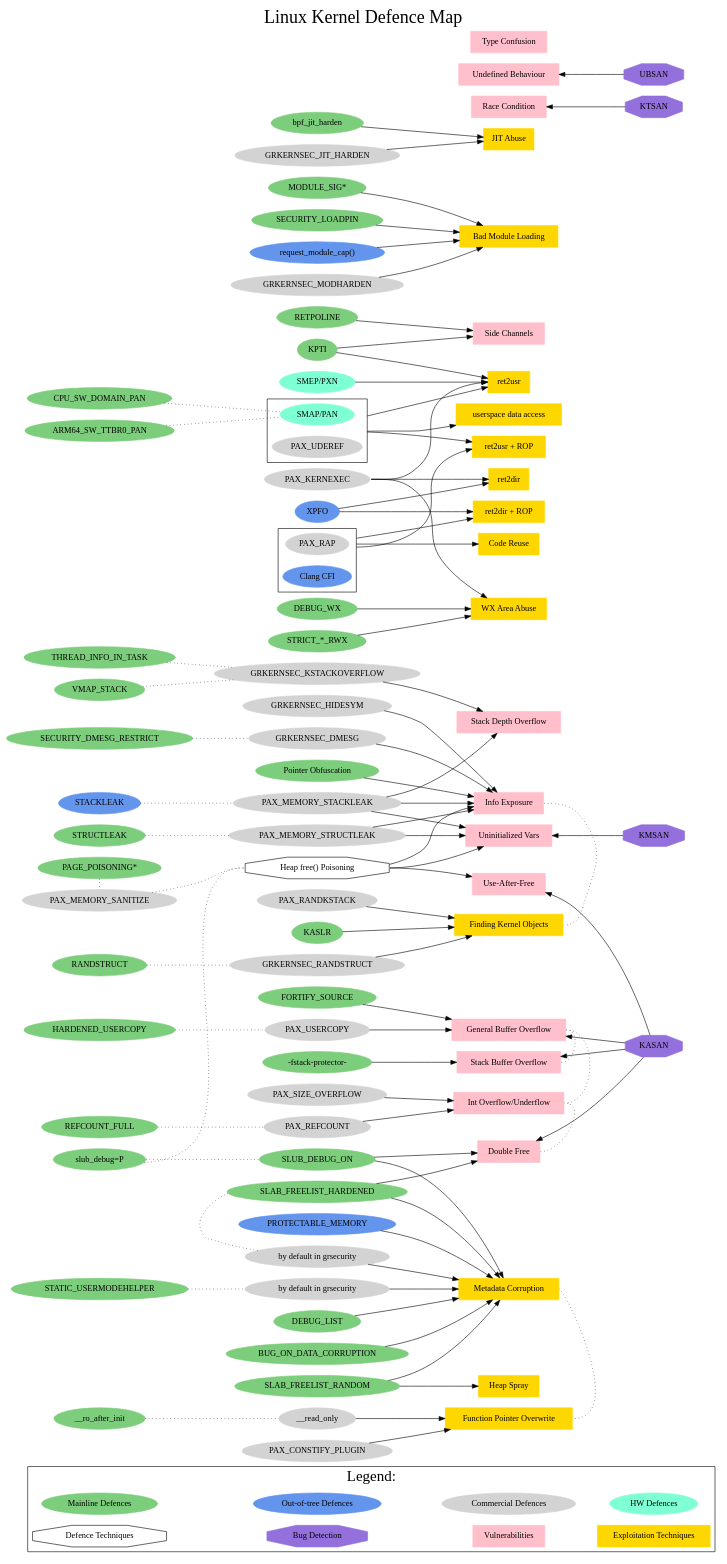
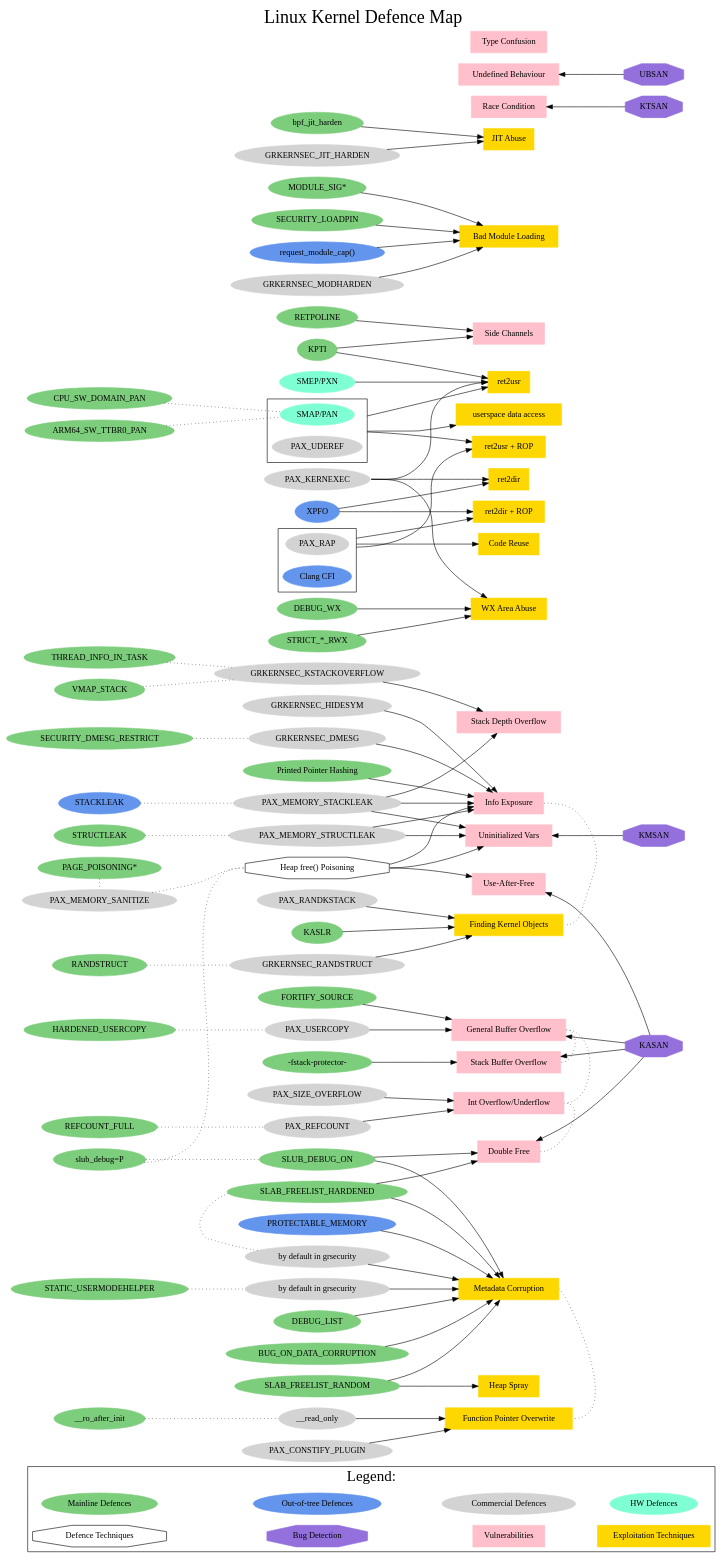
One commit to a13xp0p0v/linux-kernel-defence-map changed the diagram in linux-kernel-defence-map.dot. Above: the diagram before and after it, drawn with Graphviz.

Commit message:
Rename "Pointer Obfuscation" into "Printed Pointer Hashing"

```diff
--- a/linux-kernel-defence-map.dot
+++ b/linux-kernel-defence-map.dot
@@ -76,7 +76,7 @@
     "SLAB_FREELIST_HARDENED";
     "KPTI";
     "SLAB_FREELIST_RANDOM";
-    "Pointer Obfuscation";
+    "Printed Pointer Hashing";
     "KASLR";
     "STRICT_*_RWX";
     "DEBUG_WX";
@@ -269,7 +269,7 @@
 
   "PAX_MEMORY_STACKLEAK" -> "Info Exposure";
   "GRKERNSEC_HIDESYM" -> "Info Exposure";
-  "Pointer Obfuscation" -> "Info Exposure";
+  "Printed Pointer Hashing" -> "Info Exposure";
   "Heap free() Poisoning" -> "Info Exposure";
   "PAX_MEMORY_STRUCTLEAK" -> "Info Exposure";
   "GRKERNSEC_DMESG" -> "Info Exposure";
```
